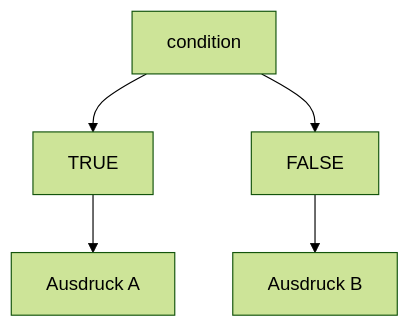
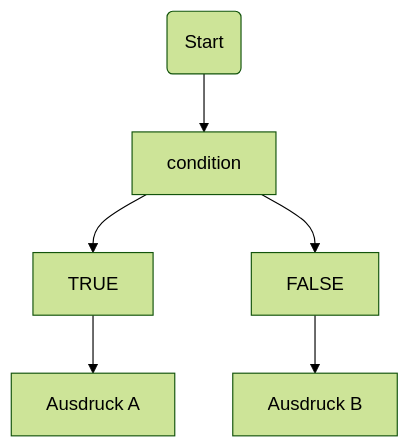
One commit to robertreingit/skriptum changed the diagram in r_flowcontrol.qmd. Above: the diagram before and after it, drawn with Mermaid (forest theme). The commit also changed other lines of this file and 43 other files, not shown here.

````diff
--- a/r_flowcontrol.qmd
+++ b/r_flowcontrol.qmd
@@ -78,10 +86,11 @@
 ```{mermaid}
 %%| label: fig-r-flow-ifelse
 %%| fig-cap: "Bedingte Anweisungen."
 
 flowchart
+Z(Start) --> A[condition]
 A[condition] --> B[TRUE]
 A[condition] --> C[FALSE]
 B --> D[Ausdruck A]
 C --> E[Ausdruck B]
 ```
````
